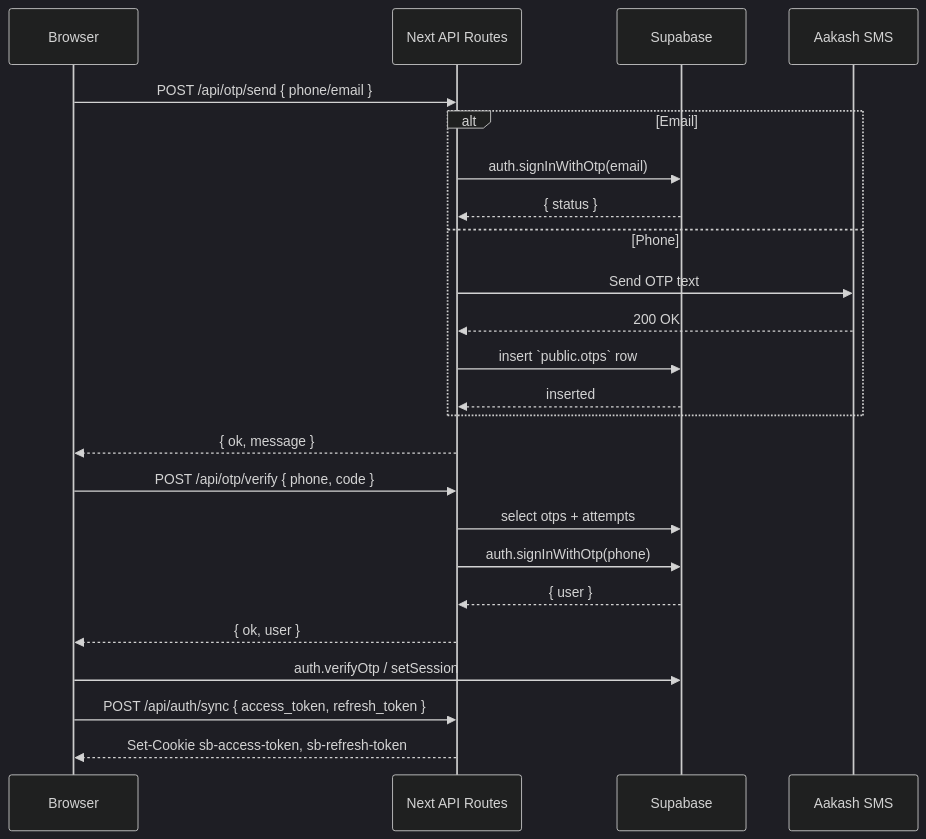
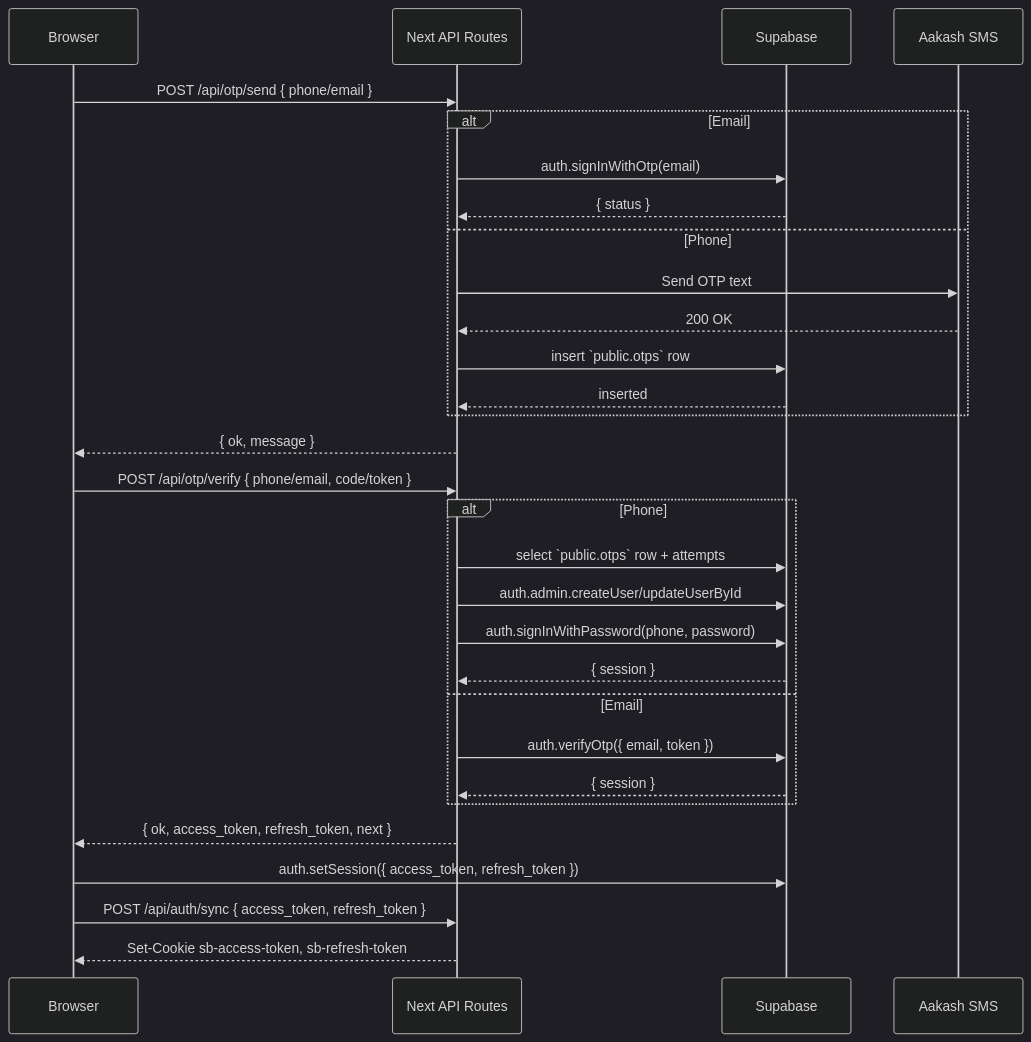
The second of 3 diagrams in SCHEMA.md (Zenslim/Gatishil), drawn with Mermaid (dark theme) before and after one commit. The commit also changed other lines of this file and 4 other files, not shown here.

Commit message:
Store real phone accounts for OTP onboarding

````diff
--- a/SCHEMA.md
+++ b/SCHEMA.md
@@ -245,27 +242,33 @@
 ```mermaid
 sequenceDiagram
   participant Browser
   participant API as Next API Routes
   participant Supabase
   participant SMS as Aakash SMS
 
   Browser->>API: POST /api/otp/send { phone/email }
   alt Email
     API->>Supabase: auth.signInWithOtp(email)
     Supabase-->>API: { status }
   else Phone
     API->>SMS: Send OTP text
     SMS-->>API: 200 OK
     API->>Supabase: insert `public.otps` row
     Supabase-->>API: inserted
   end
   API-->>Browser: { ok, message }
-  Browser->>API: POST /api/otp/verify { phone, code }
-  API->>Supabase: select otps + attempts
-  API->>Supabase: auth.signInWithOtp(phone)
-  Supabase-->>API: { user }
-  API-->>Browser: { ok, user }
-  Browser->>Supabase: auth.verifyOtp / setSession
+  Browser->>API: POST /api/otp/verify { phone/email, code/token }
+  alt Phone
+    API->>Supabase: select `public.otps` row + attempts
+    API->>Supabase: auth.admin.createUser/updateUserById
+    API->>Supabase: auth.signInWithPassword(phone, password)
+    Supabase-->>API: { session }
+  else Email
+    API->>Supabase: auth.verifyOtp({ email, token })
+    Supabase-->>API: { session }
+  end
+  API-->>Browser: { ok, access_token, refresh_token, next }
+  Browser->>Supabase: auth.setSession({ access_token, refresh_token })
   Browser->>API: POST /api/auth/sync { access_token, refresh_token }
   API-->>Browser: Set-Cookie sb-access-token, sb-refresh-token
 ```
````
